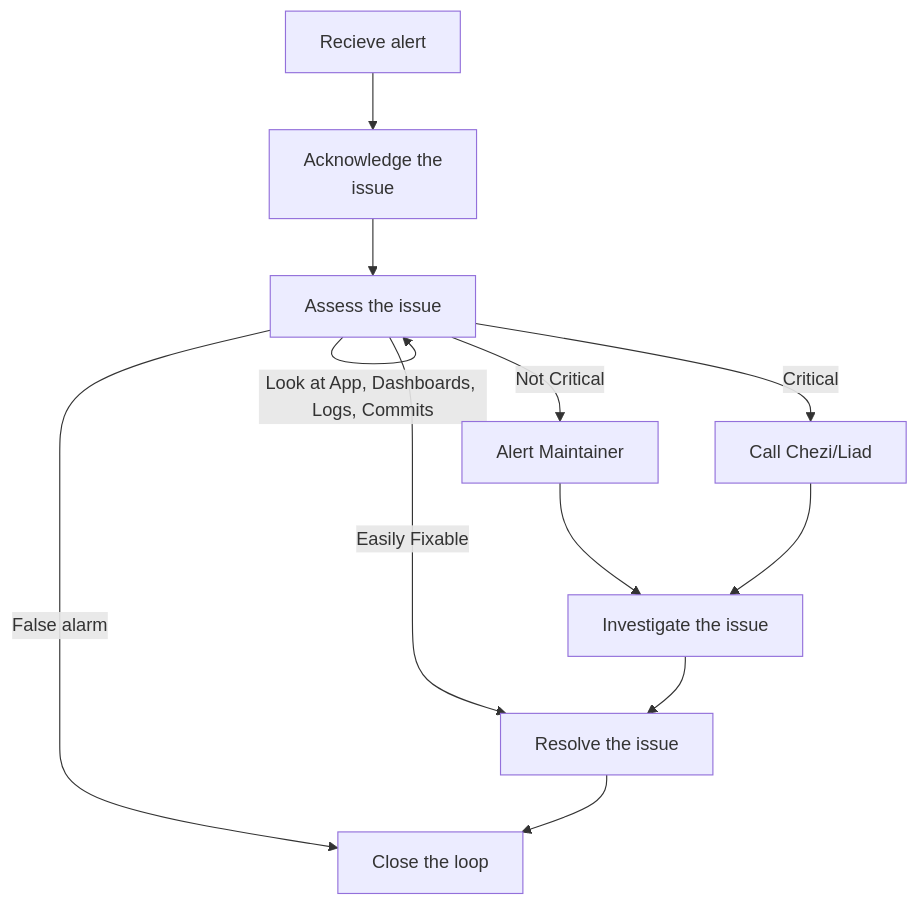
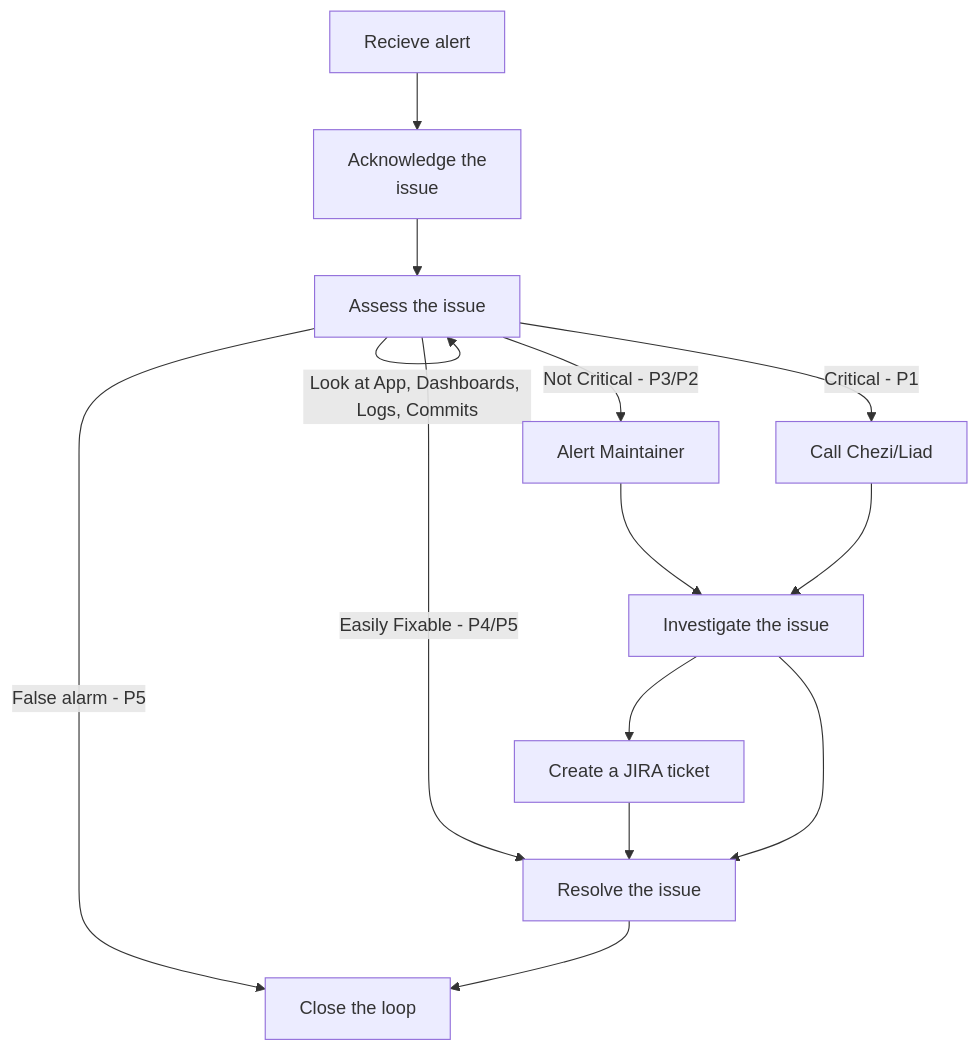
Before and after one commit to weaverwhale/docs: the diagram in src/pages/oncall/sop.md, drawn with Mermaid. The commit also changed other lines of this file, not shown here.

````diff
--- a/src/pages/oncall/sop.md
+++ b/src/pages/oncall/sop.md
@@ -8,14 +8,16 @@
 ```mermaid
 flowchart TB
     A[Recieve alert] --> B[Acknowledge the<br> issue]
     B --> C[Assess the issue]
         C -- Look at App, Dashboards, Logs, Commits --> C
-        C -- Easily Fixable --> E[Resolve the issue]
-        C -- Not Critical --> G[Alert Maintainer]
-        C -- Critical --> F[Call Chezi/Liad]
-        C -- False alarm --> I[Close the loop]
+        C -- Easily Fixable - P4/P5 --> E[Resolve the issue]
+        C -- Not Critical - P3/P2 --> G[Alert Maintainer]
+        C -- Critical - P1 --> F[Call Chezi/Liad]
+        C -- False alarm - P5 --> I[P5 - Close the loop]
     G --> H[Investigate the issue]
     F --> H
+    H --> J[Create a JIRA ticket]
+    J --> E
     H --> E
     E --> I[Close the loop]
 ```
````
